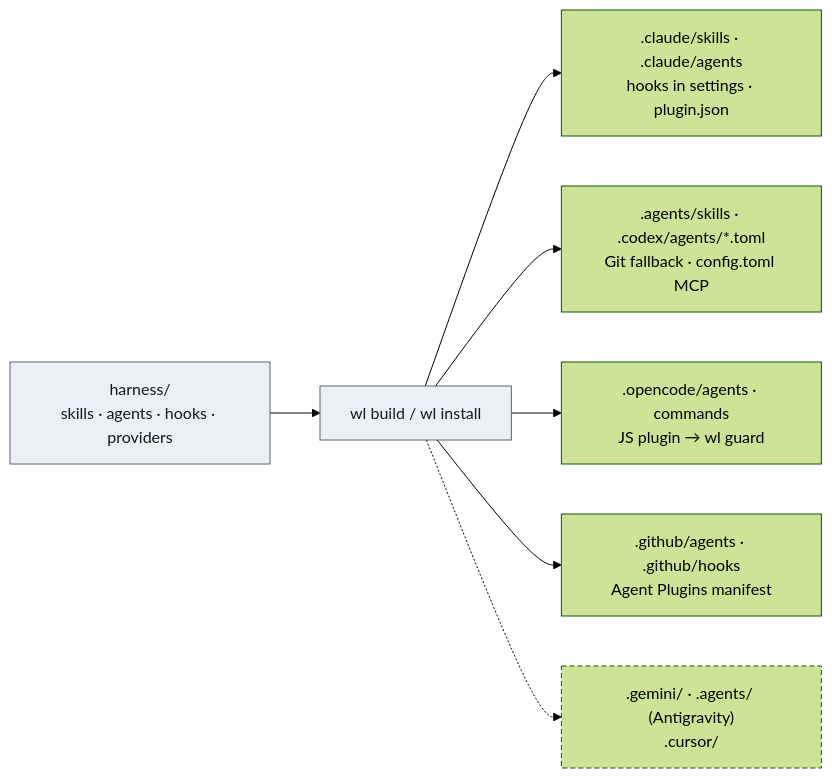
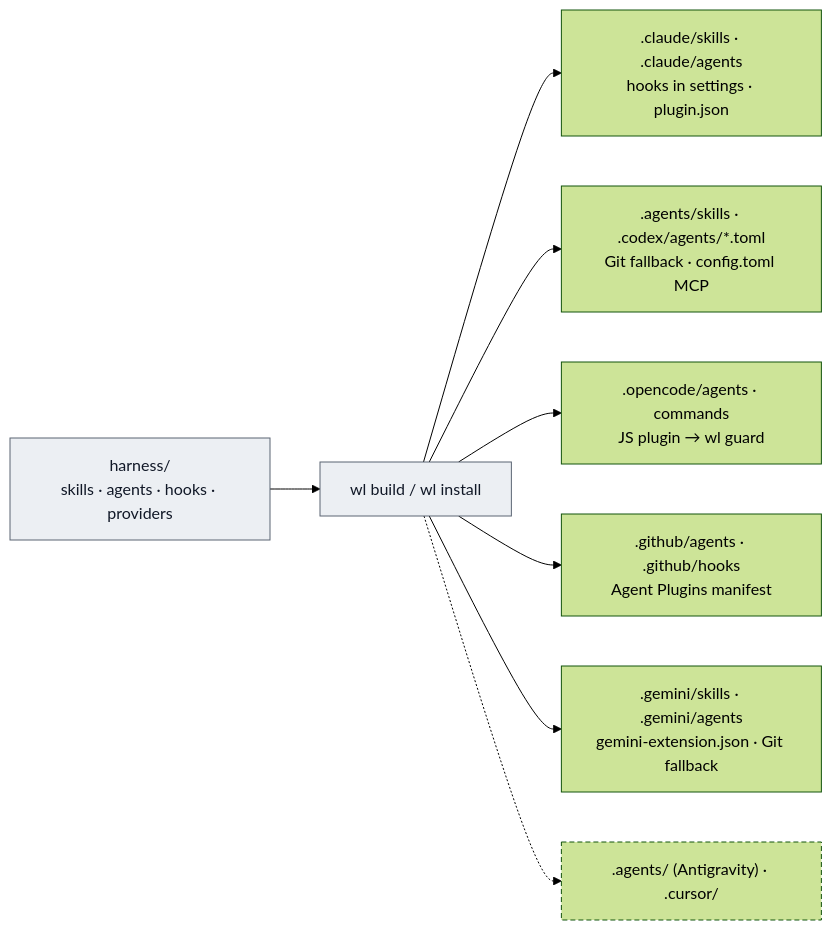
One commit to dreamingechoes/wholeloop changed the diagram in docs/platforms/README.md. Above: the diagram before and after it, drawn with Mermaid (forest theme). The commit also changed other lines of this file and 33 other files, not shown here.

First line of the commit message:
feat(adapters): add managed gemini extension support

````diff
--- a/docs/platforms/README.md
+++ b/docs/platforms/README.md
@@ -45,11 +45,12 @@
 ```mermaid
 flowchart LR
   src["harness/<br/>skills · agents · hooks · providers"]:::core --> gen["wl build / wl install"]:::core
   gen --> c1[".claude/skills · .claude/agents<br/>hooks in settings · plugin.json"]
   gen --> c2[".agents/skills · .codex/agents/*.toml<br/>Git fallback · config.toml MCP"]
   gen --> c3[".opencode/agents · commands<br/>JS plugin → wl guard"]
   gen --> c4[".github/agents · .github/hooks<br/>Agent Plugins manifest"]
-  gen -.-> c5[".gemini/ · .agents/ (Antigravity)<br/>.cursor/"]:::opt
+  gen --> c5[".gemini/skills · .gemini/agents<br/>gemini-extension.json · Git fallback"]
+  gen -.-> c6[".agents/ (Antigravity) · .cursor/"]:::opt
   classDef core fill:#eceff3,stroke:#5b6573,color:#111827;
   classDef opt stroke-dasharray:5 3;
 ```
````
